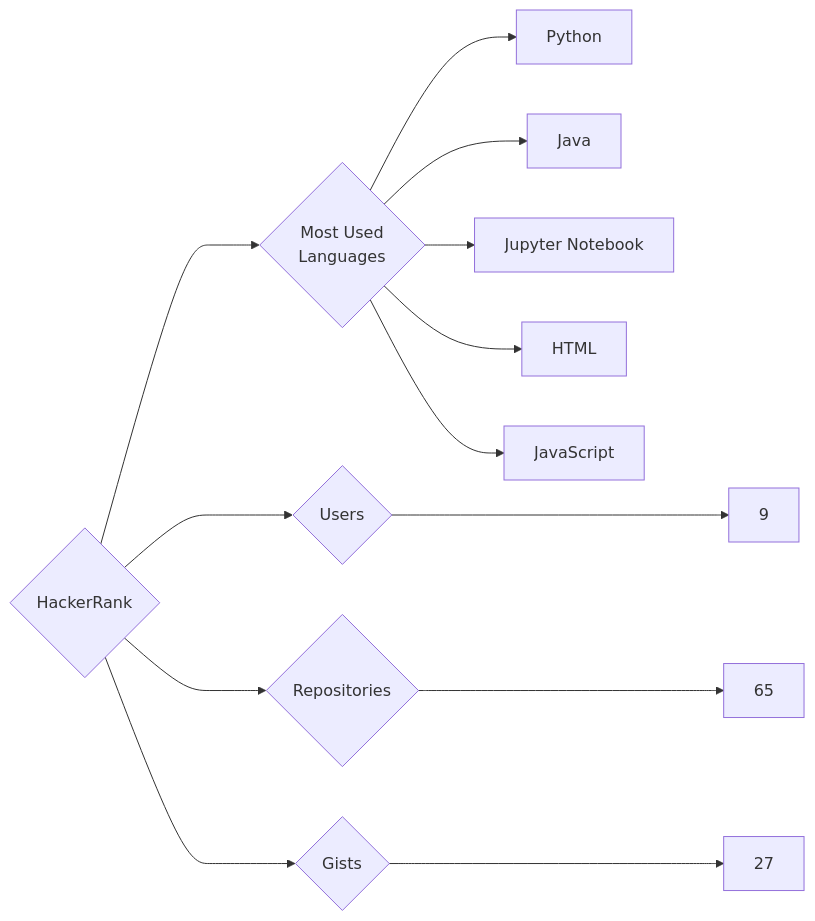
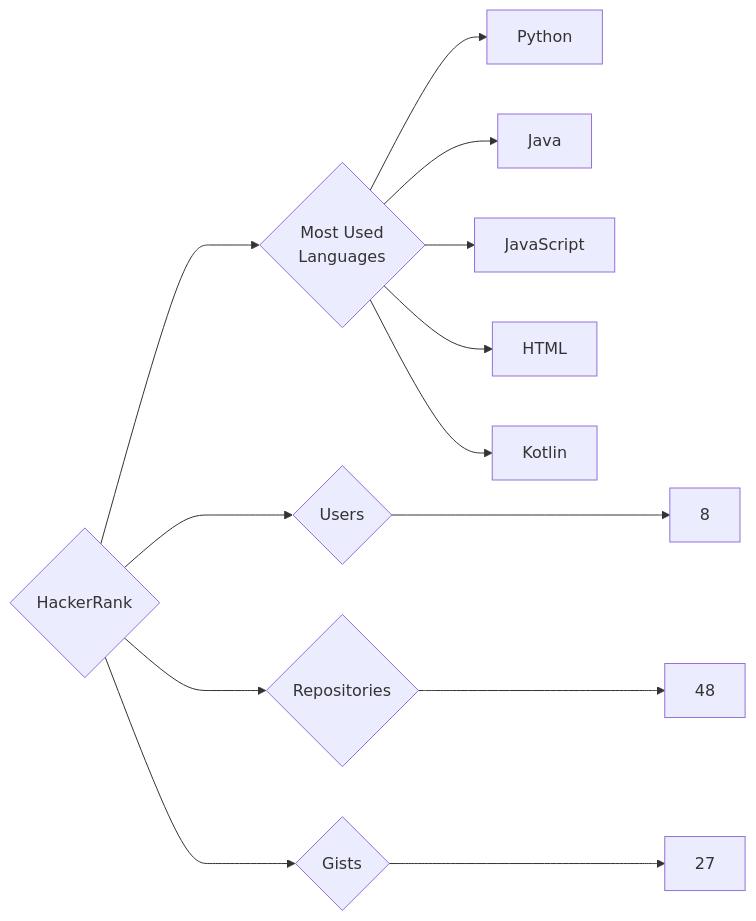
Before and after one commit to trickest/insiders: the diagram in targets/HackerRank/README.md, drawn with Mermaid. The commit also changed 873 other files, not shown here.

````diff
--- a/targets/HackerRank/README.md
+++ b/targets/HackerRank/README.md
@@ -3,13 +3,13 @@
 ```mermaid
 graph LR
 COMPANY_NAME{HackerRank}
-COMPANY_NAME ---> U{Users} ---> UN[9]
-COMPANY_NAME ---> R{Repositories} ---> RN[65]
+COMPANY_NAME ---> U{Users} ---> UN[8]
+COMPANY_NAME ---> R{Repositories} ---> RN[48]
 COMPANY_NAME ---> G{Gists} ---> GN[27]
 COMPANY_NAME ---> ML{Most Used<br>Languages}
 ML --> Python[Python]
 ML --> Java[Java]
-ML --> Jupyter_Notebook[Jupyter Notebook]
+ML --> JavaScript[JavaScript]
 ML --> HTML[HTML]
-ML --> JavaScript[JavaScript]
+ML --> Kotlin[Kotlin]
 ```
````
